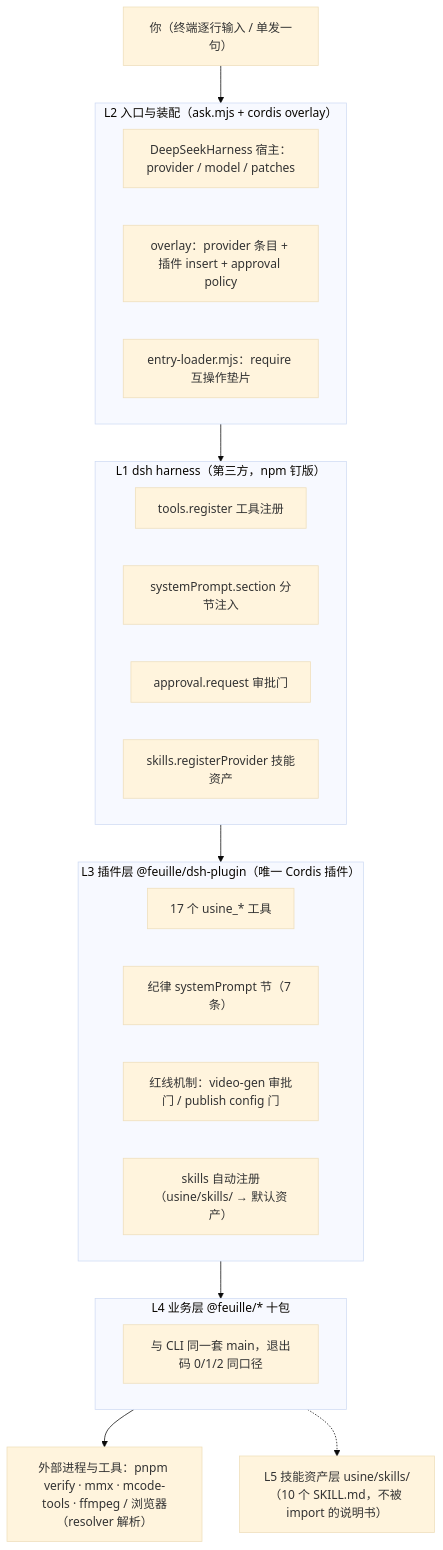
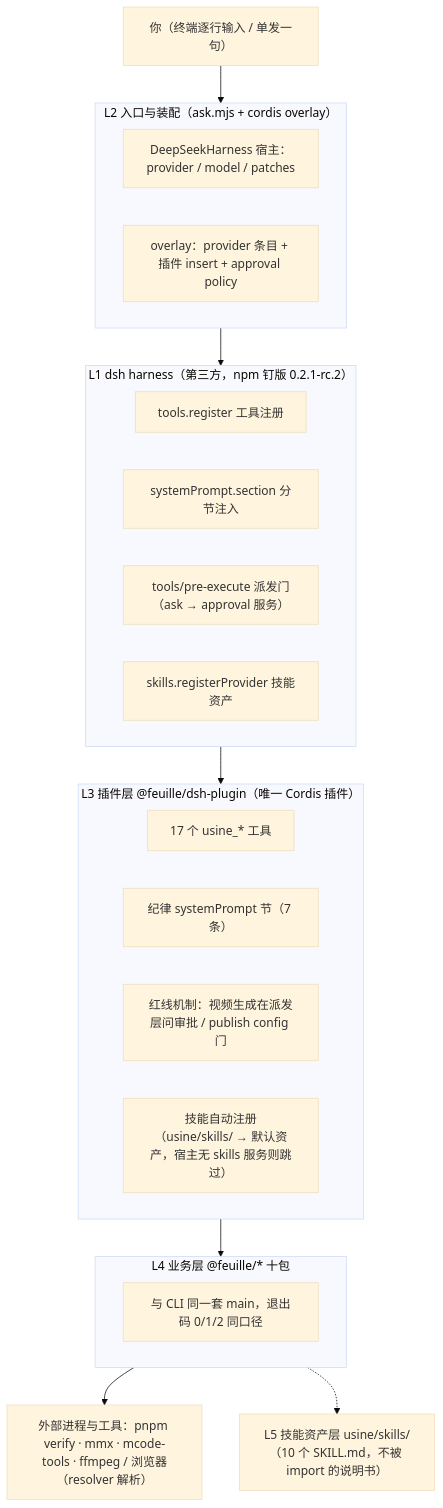
The diagram in usine/docs/dsh.md (feuyeux/explorateur), drawn with Mermaid (base theme) before and after one commit. The commit also changed other lines of this file and 139 other files, not shown here.

````diff
--- a/usine/docs/dsh.md
+++ b/usine/docs/dsh.md
@@ -18,29 +20,28 @@
 ```mermaid
 flowchart TB
   U["你（终端逐行输入 / 单发一句）"] --> ENT
   subgraph ENT["L2 入口与装配（ask.mjs + cordis overlay）"]
     A1["DeepSeekHarness 宿主：provider / model / patches"]
     A2["overlay：provider 条目 + 插件 insert + approval policy"]
-    A3["entry-loader.mjs：require 互操作垫片"]
   end
   ENT --> H
-  subgraph H["L1 dsh harness（第三方，npm 钉版）"]
+  subgraph H["L1 dsh harness（第三方，npm 钉版 0.2.1-rc.2）"]
     S1["tools.register 工具注册"]
     S2["systemPrompt.section 分节注入"]
-    S3["approval.request 审批门"]
+    S3["tools/pre-execute 派发门（ask → approval 服务）"]
     S4["skills.registerProvider 技能资产"]
   end
   H --> PLG
   subgraph PLG["L3 插件层 @feuille/dsh-plugin（唯一 Cordis 插件）"]
     P1["17 个 usine_* 工具"]
     P2["纪律 systemPrompt 节（7 条）"]
-    P3["红线机制：video-gen 审批门 / publish config 门"]
-    P4["skills 自动注册（usine/skills/ → 默认资产）"]
+    P3["红线机制：视频生成在派发层问审批 / publish config 门"]
+    P4["技能自动注册（usine/skills/ → 默认资产，宿主无 skills 服务则跳过）"]
   end
   PLG --> BIZ
   subgraph BIZ["L4 业务层 @feuille/* 十包"]
     B1["与 CLI 同一套 main，退出码 0/1/2 同口径"]
   end
   BIZ --> EXT["外部进程与工具：pnpm verify · mmx · mcode-tools · ffmpeg / 浏览器（resolver 解析）"]
   BIZ -.-> SK["L5 技能资产层 usine/skills/（10 个 SKILL.md，不被 import 的说明书）"]
 ```
````
